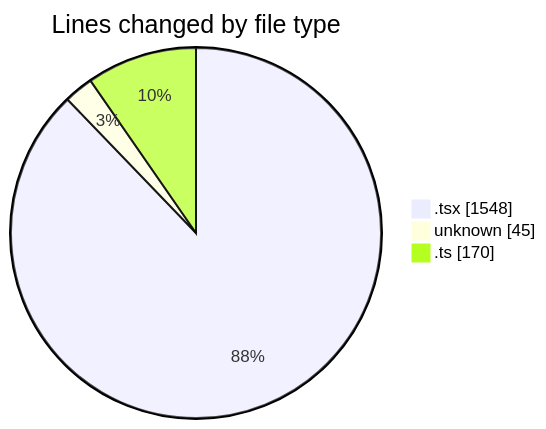
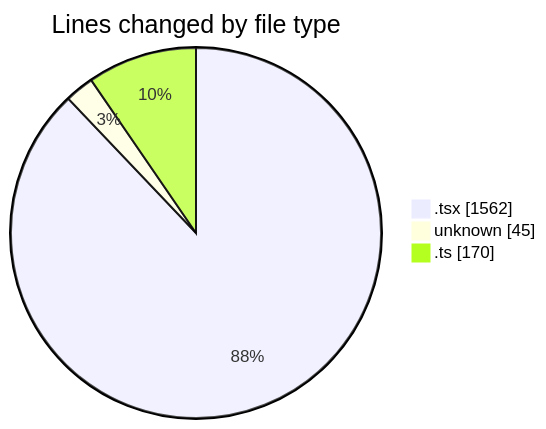
The first of 2 diagrams in 2025-09-01/cda/README.md (momahboobian/code-tracking), drawn with Mermaid before and after one commit. The commit also changed other lines of this file and 1 other file, not shown here.

````diff
--- a/2025-09-01/cda/README.md
+++ b/2025-09-01/cda/README.md
@@ -25,7 +25,7 @@
 ```mermaid
 pie showData
 title Lines changed by file type
-".tsx" : 1548
+".tsx" : 1562
 "unknown" : 45
 ".ts" : 170
 ```
````
